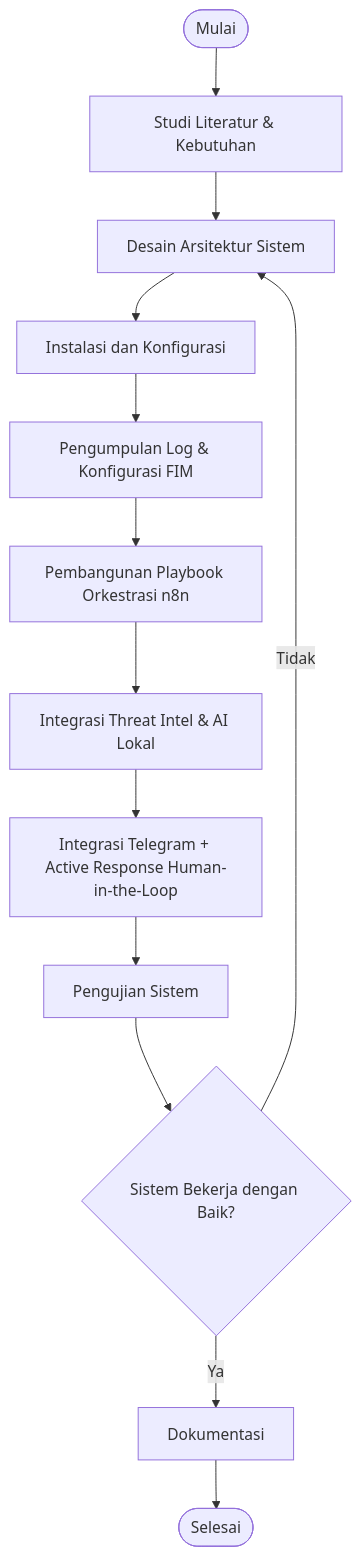
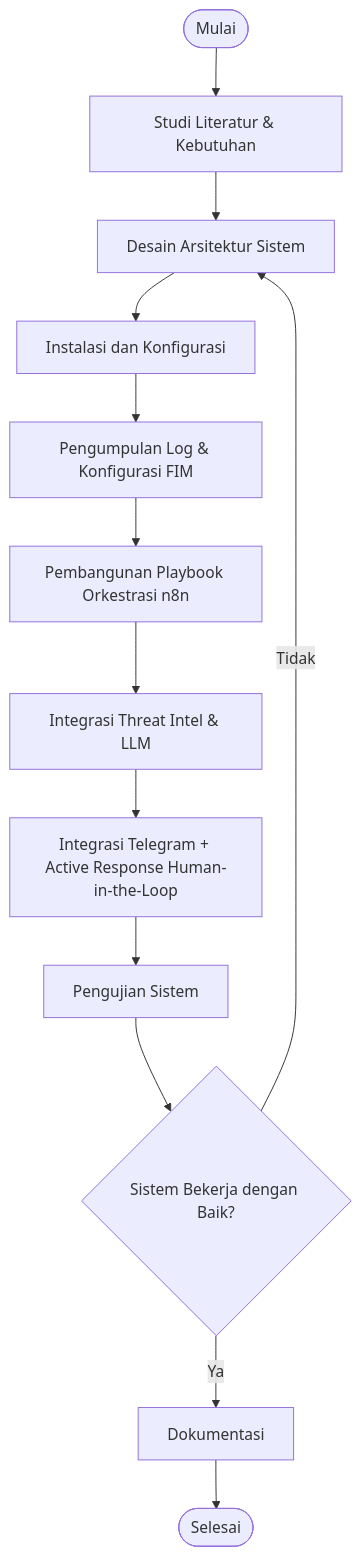
One commit to ravi-arnan/soar-project changed the diagram in docs/diagrams/fig-3.1-tahapan.mmd. Above: the diagram before and after it, drawn with Mermaid. The commit also changed 38 other files, not shown here.

First line of the commit message:
docs: hapus klaim AI lokal + revisi milestone (AI = analisis LLM via API)

```diff
--- a/docs/diagrams/fig-3.1-tahapan.mmd
+++ b/docs/diagrams/fig-3.1-tahapan.mmd
@@ -1,13 +1,13 @@
 graph TD
     A([Mulai]) --> B[Studi Literatur & Kebutuhan]
     B --> C[Desain Arsitektur Sistem]
     C --> D[Instalasi dan Konfigurasi]
     D --> E[Pengumpulan Log & Konfigurasi FIM]
     E --> F[Pembangunan Playbook Orkestrasi n8n]
-    F --> G[Integrasi Threat Intel & AI Lokal]
+    F --> G[Integrasi Threat Intel & LLM]
     G --> H[Integrasi Telegram + Active Response Human-in-the-Loop]
     H --> I[Pengujian Sistem]
     I --> J{Sistem Bekerja dengan Baik?}
     J -->|Tidak| C
     J -->|Ya| K[Dokumentasi]
     K --> L([Selesai])
```
